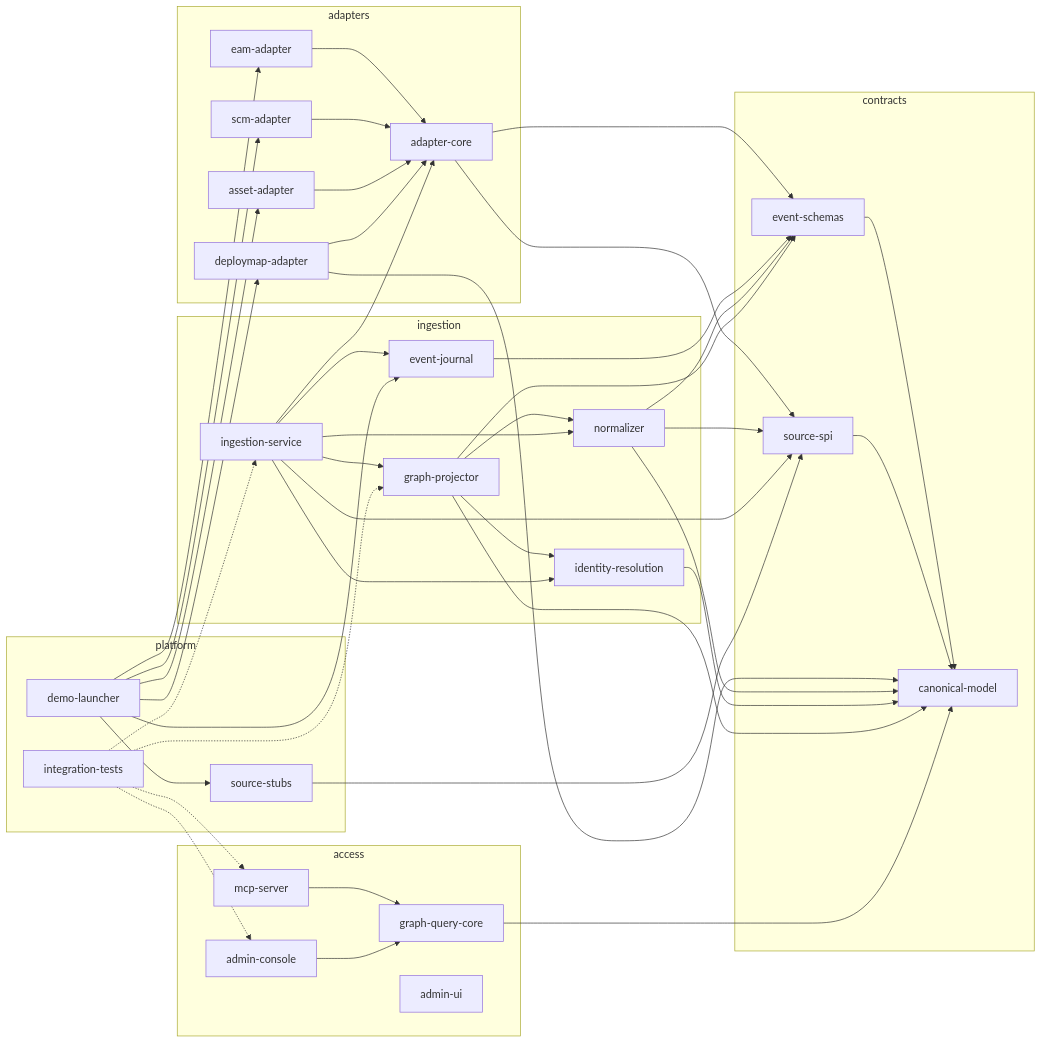
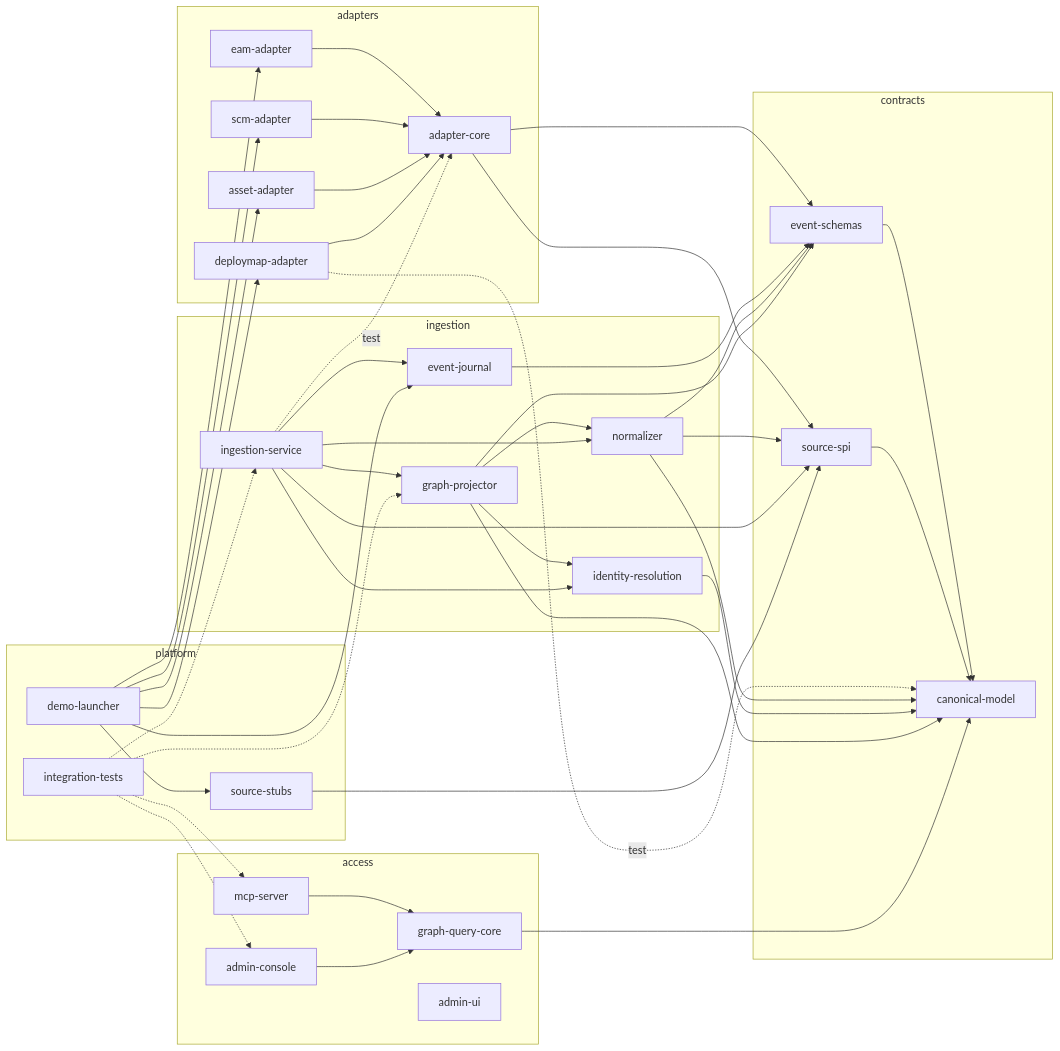
The diagram in _reversa_sdd/dependencies.md (Unlocker/architecture-rag), drawn with Mermaid before and after one commit. The commit also changed other lines of this file and 12 other files, not shown here.

````diff
--- a/_reversa_sdd/dependencies.md
+++ b/_reversa_sdd/dependencies.md
@@ -47,49 +47,50 @@
 ```mermaid
 flowchart LR
   subgraph contracts
     CM[canonical-model]
     ES[event-schemas]
     SPI[source-spi]
   end
   subgraph adapters
     AC[adapter-core]
     EAM[eam-adapter]
     SCM[scm-adapter]
     AST[asset-adapter]
     DM[deploymap-adapter]
   end
   subgraph ingestion
     EJ[event-journal]
     NRM[normalizer]
     IDR[identity-resolution]
     GP[graph-projector]
     IS[ingestion-service]
   end
   subgraph access
     GQ[graph-query-core]
     MCP[mcp-server]
     ADC[admin-console]
     UI[admin-ui]
   end
   subgraph platform
     STB[source-stubs]
     DL[demo-launcher]
     IT[integration-tests]
   end
   ES --> CM
   SPI --> CM
   AC --> SPI & ES
   EAM & SCM & AST & DM --> AC
-  DM --> CM
+  DM -.->|test| CM
   EJ --> ES
   NRM --> CM & ES & SPI
   IDR --> CM
   GP --> CM & ES & NRM & IDR
-  IS --> EJ & NRM & IDR & GP & AC & SPI
+  IS --> EJ & NRM & IDR & GP & SPI
+  IS -.->|test| AC
   GQ --> CM
   MCP --> GQ
   ADC --> GQ
   STB --> SPI
   DL --> EAM & SCM & AST & DM & STB & EJ
   IT -.-> MCP & ADC & IS & GP
 ```
````
